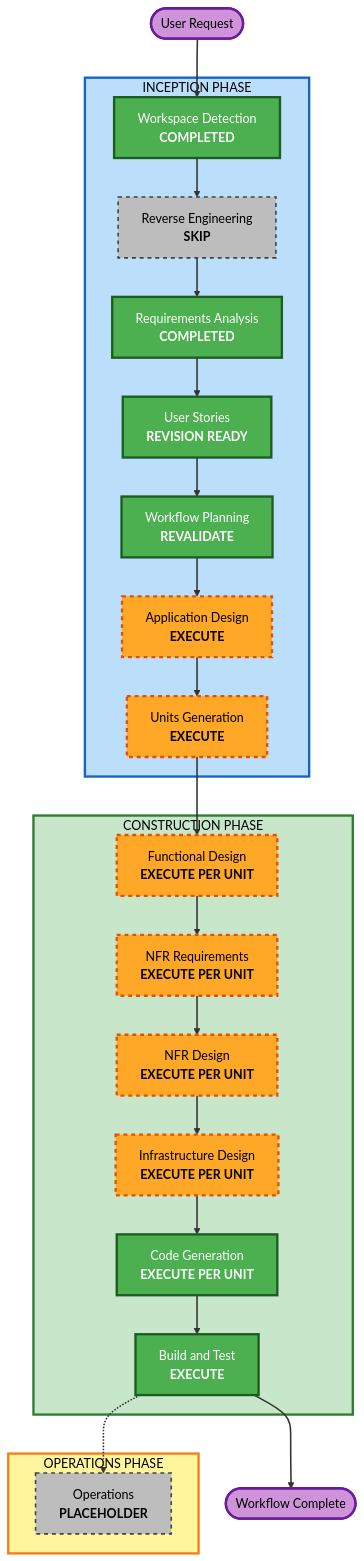
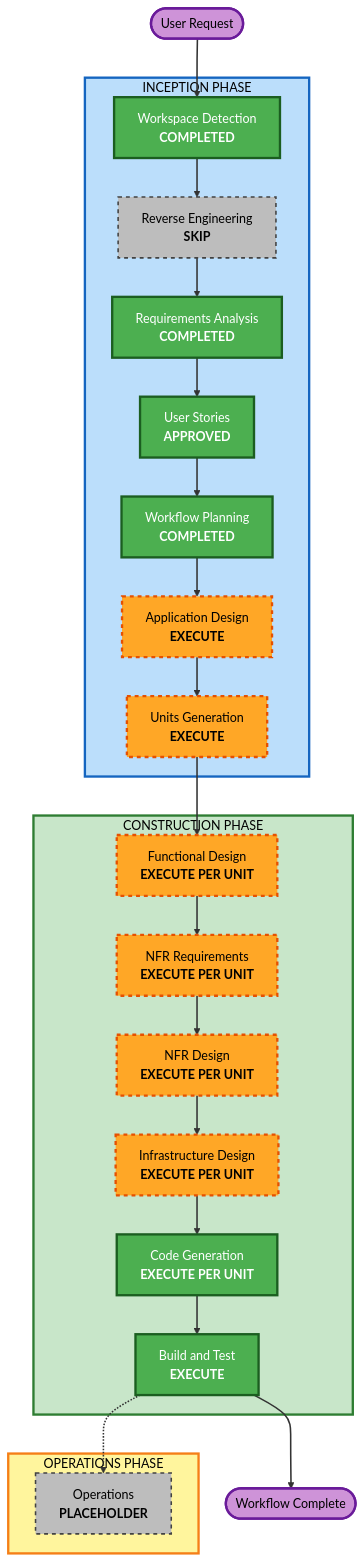
Before and after one commit to hygef-v4/AI-Powered-Learning-Platform: the diagram in aidlc-docs/inception/plans/execution-plan.md, drawn with Mermaid. The commit also changed other lines of this file and 13 other files, not shown here.

````diff
--- a/aidlc-docs/inception/plans/execution-plan.md
+++ b/aidlc-docs/inception/plans/execution-plan.md
@@ -36,60 +36,60 @@
 ```mermaid
 flowchart TD
     Start(["User Request"])
     subgraph INCEPTION["INCEPTION PHASE"]
         WD["Workspace Detection<br/><b>COMPLETED</b>"]
         RE["Reverse Engineering<br/><b>SKIP</b>"]
         RA["Requirements Analysis<br/><b>COMPLETED</b>"]
-        US["User Stories<br/><b>REVISION READY</b>"]
-        WP["Workflow Planning<br/><b>REVALIDATE</b>"]
+        US["User Stories<br/><b>APPROVED</b>"]
+        WP["Workflow Planning<br/><b>COMPLETED</b>"]
         AD["Application Design<br/><b>EXECUTE</b>"]
         UG["Units Generation<br/><b>EXECUTE</b>"]
     end
     subgraph CONSTRUCTION["CONSTRUCTION PHASE"]
         FD["Functional Design<br/><b>EXECUTE PER UNIT</b>"]
         NFRA["NFR Requirements<br/><b>EXECUTE PER UNIT</b>"]
         NFRD["NFR Design<br/><b>EXECUTE PER UNIT</b>"]
         ID["Infrastructure Design<br/><b>EXECUTE PER UNIT</b>"]
         CG["Code Generation<br/><b>EXECUTE PER UNIT</b>"]
         BT["Build and Test<br/><b>EXECUTE</b>"]
     end
     subgraph OPERATIONS["OPERATIONS PHASE"]
         OPS["Operations<br/><b>PLACEHOLDER</b>"]
     end
     Start --> WD
     WD --> RE
     RE --> RA
     RA --> US
     US --> WP
     WP --> AD
     AD --> UG
     UG --> FD
     FD --> NFRA
     NFRA --> NFRD
     NFRD --> ID
     ID --> CG
     CG --> BT
     BT -.-> OPS
     BT --> End(["Workflow Complete"])
 
     style WD fill:#4CAF50,stroke:#1B5E20,stroke-width:3px,color:#fff
     style RE fill:#BDBDBD,stroke:#424242,stroke-width:2px,stroke-dasharray:5 5,color:#000
     style RA fill:#4CAF50,stroke:#1B5E20,stroke-width:3px,color:#fff
     style US fill:#4CAF50,stroke:#1B5E20,stroke-width:3px,color:#fff
     style WP fill:#4CAF50,stroke:#1B5E20,stroke-width:3px,color:#fff
     style AD fill:#FFA726,stroke:#E65100,stroke-width:3px,stroke-dasharray:5 5,color:#000
     style UG fill:#FFA726,stroke:#E65100,stroke-width:3px,stroke-dasharray:5 5,color:#000
     style FD fill:#FFA726,stroke:#E65100,stroke-width:3px,stroke-dasharray:5 5,color:#000
     style NFRA fill:#FFA726,stroke:#E65100,stroke-width:3px,stroke-dasharray:5 5,color:#000
     style NFRD fill:#FFA726,stroke:#E65100,stroke-width:3px,stroke-dasharray:5 5,color:#000
     style ID fill:#FFA726,stroke:#E65100,stroke-width:3px,stroke-dasharray:5 5,color:#000
     style CG fill:#4CAF50,stroke:#1B5E20,stroke-width:3px,color:#fff
     style BT fill:#4CAF50,stroke:#1B5E20,stroke-width:3px,color:#fff
     style OPS fill:#BDBDBD,stroke:#424242,stroke-width:2px,stroke-dasharray:5 5,color:#000
     style INCEPTION fill:#BBDEFB,stroke:#1565C0,stroke-width:3px,color:#000
     style CONSTRUCTION fill:#C8E6C9,stroke:#2E7D32,stroke-width:3px,color:#000
     style OPERATIONS fill:#FFF59D,stroke:#F57F17,stroke-width:3px,color:#000
     style Start fill:#CE93D8,stroke:#6A1B9A,stroke-width:3px,color:#000
     style End fill:#CE93D8,stroke:#6A1B9A,stroke-width:3px,color:#000
     linkStyle default stroke:#333,stroke-width:2px
 ```
````
